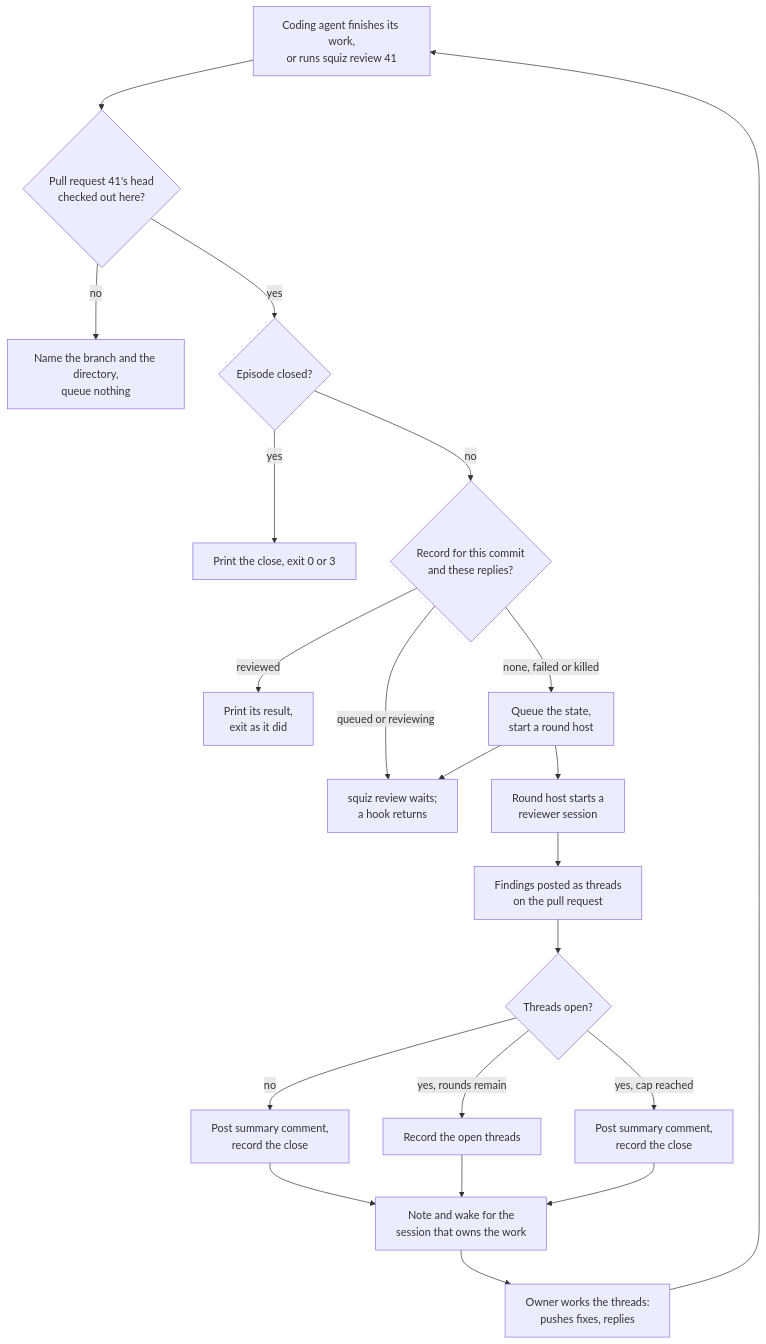
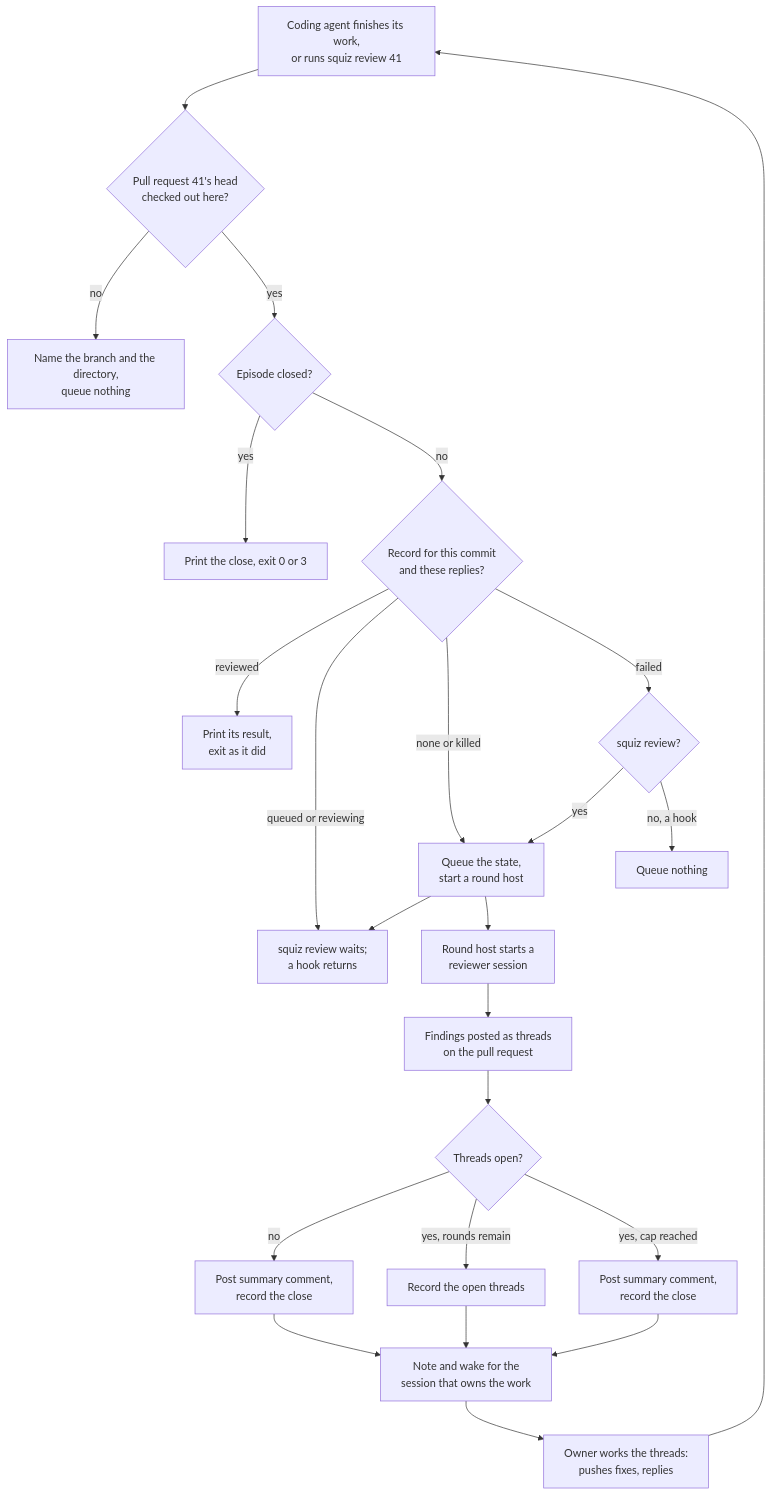
One commit to jacygao/squiz changed the first of 2 diagrams in docs/specs/review-harness-spec.md. Above: the diagram before and after it, drawn with Mermaid. The commit also changed other lines of this file, not shown here.

First line of the commit message:
Say what a trigger does when it cannot tell whether a round host is alive

````diff
--- a/docs/specs/review-harness-spec.md
+++ b/docs/specs/review-harness-spec.md
@@ -341,23 +346,26 @@
 ```mermaid
 flowchart TD
     A[Coding agent finishes its work,<br/>or runs squiz review 41] --> C{Pull request 41's head<br/>checked out here?}
     C -->|no| L[Name the branch and the directory,<br/>queue nothing]
     C -->|yes| K{Episode closed?}
     K -->|yes| D[Print the close, exit 0 or 3]
     K -->|no| R{Record for this commit<br/>and these replies?}
     R -->|reviewed| P[Print its result,<br/>exit as it did]
     R -->|queued or reviewing| W[squiz review waits;<br/>a hook returns]
-    R -->|none, failed or killed| Q[Queue the state,<br/>start a round host]
+    R -->|none or killed| Q[Queue the state,<br/>start a round host]
+    R -->|failed| X{squiz review?}
+    X -->|yes| Q
+    X -->|no, a hook| Y[Queue nothing]
     Q --> W
     Q --> H[Round host starts a<br/>reviewer session]
     H --> F[Findings posted as threads<br/>on the pull request]
     F --> G{Threads open?}
     G -->|no| I[Post summary comment,<br/>record the close]
     G -->|yes, rounds remain| M[Record the open threads]
     G -->|yes, cap reached| J[Post summary comment,<br/>record the close]
     I --> N[Note and wake for the<br/>session that owns the work]
     M --> N
     J --> N
     N --> O[Owner works the threads:<br/>pushes fixes, replies]
     O --> A
 ```
````
